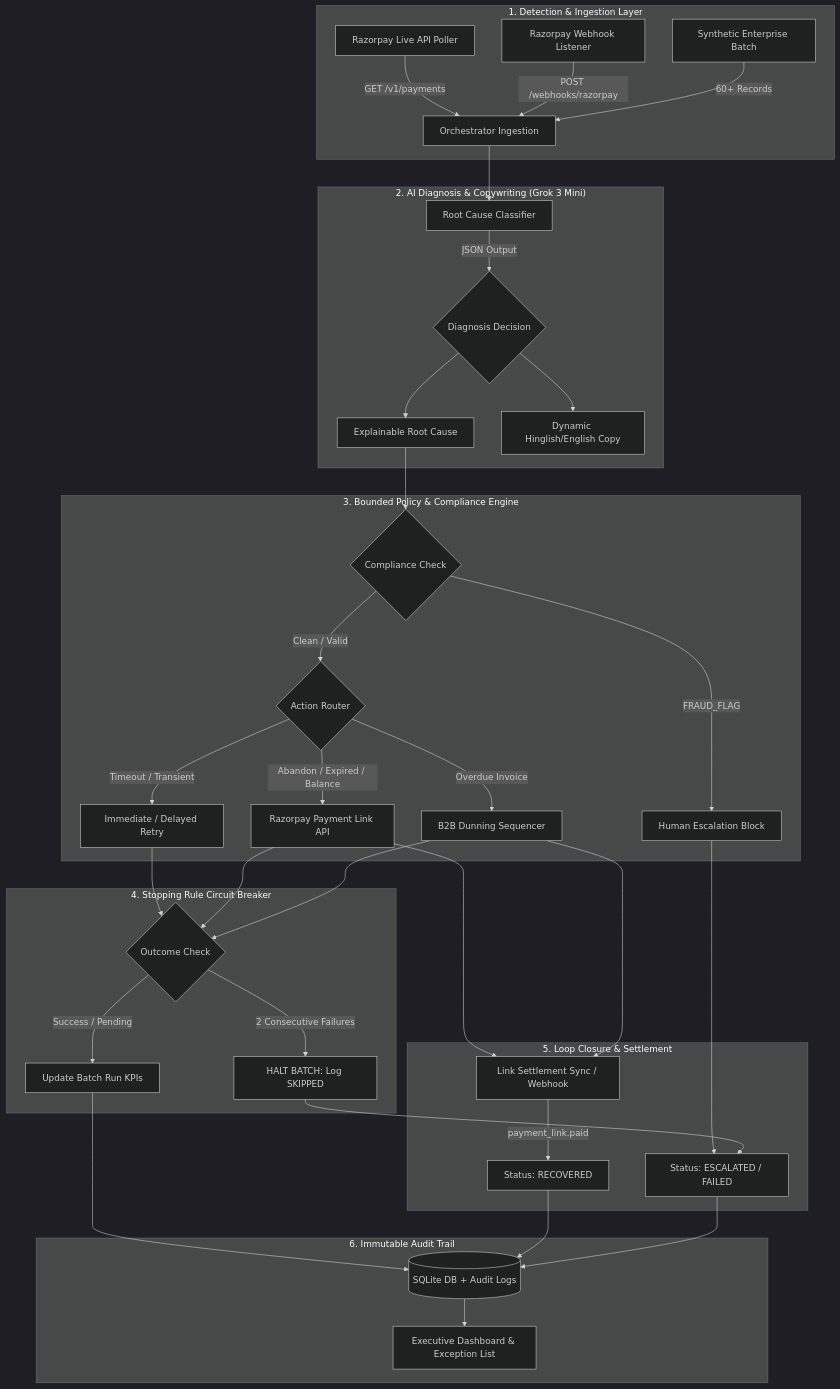
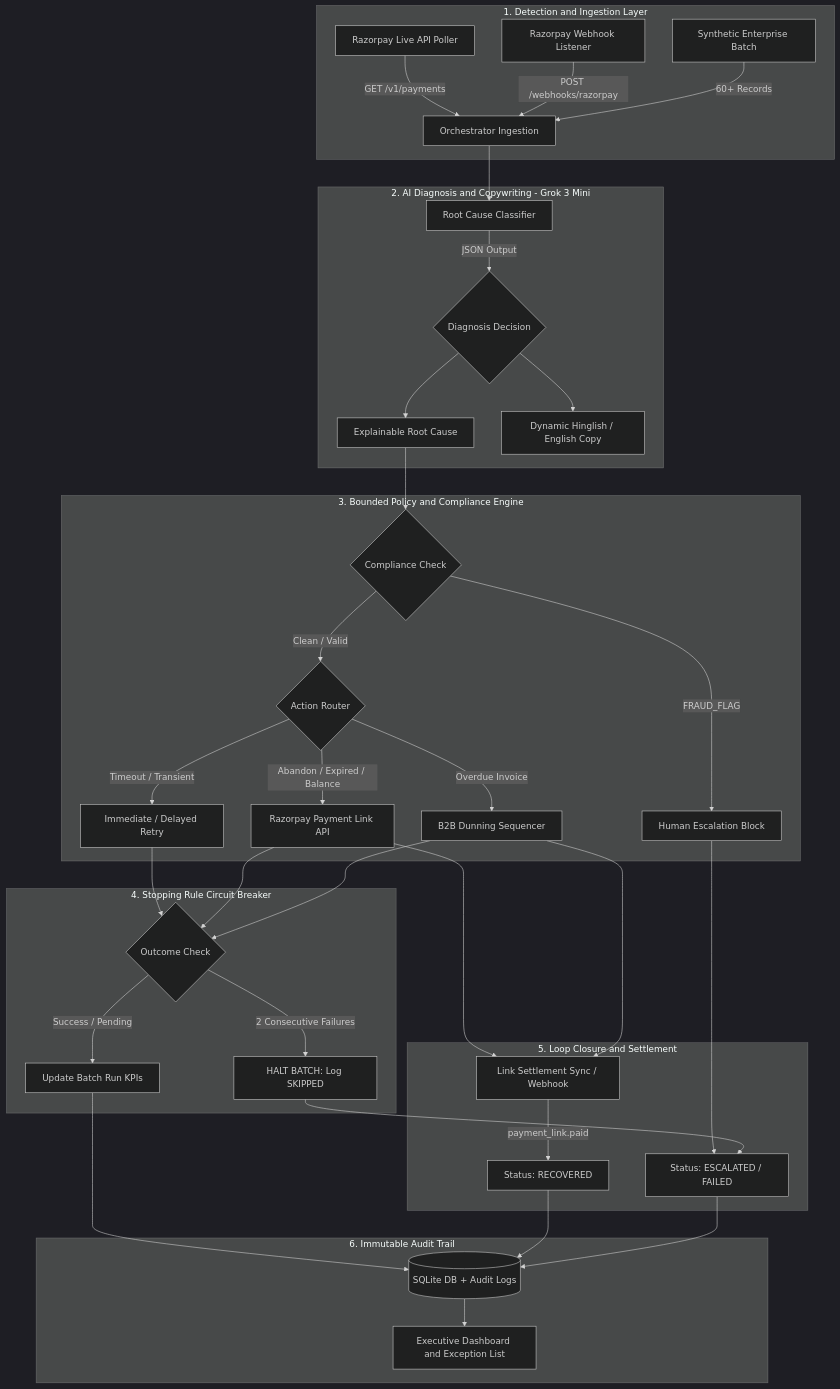
The diagram in README.md (alphacoder-hash/Razorpay-ai-buildathon), drawn with Mermaid (dark theme) before and after one commit.

Commit message:
fix(readme): Fix Mermaid diagram GitHub rendering - remove ampersand from subgraph labels and split parallel edge syntax into separate arrows

````diff
--- a/README.md
+++ b/README.md
@@ -101,41 +101,47 @@
 ```mermaid
 flowchart TD
-    subgraph Ingestion["1. Detection & Ingestion Layer"]
+    subgraph Ingestion["1. Detection and Ingestion Layer"]
         A1[Razorpay Live API Poller] -->|GET /v1/payments| D[Orchestrator Ingestion]
         A2[Razorpay Webhook Listener] -->|POST /webhooks/razorpay| D
         A3[Synthetic Enterprise Batch] -->|60+ Records| D
     end
 
-    subgraph Intelligence["2. AI Diagnosis & Copywriting (Grok 3 Mini)"]
+    subgraph Intelligence["2. AI Diagnosis and Copywriting - Grok 3 Mini"]
         D --> E[Root Cause Classifier]
         E -->|JSON Output| F{Diagnosis Decision}
         F --> G[Explainable Root Cause]
-        F --> H[Dynamic Hinglish/English Copy]
+        F --> H[Dynamic Hinglish / English Copy]
     end
 
-    subgraph PolicyEngine["3. Bounded Policy & Compliance Engine"]
+    subgraph PolicyEngine["3. Bounded Policy and Compliance Engine"]
         G --> I{Compliance Check}
         I -->|FRAUD_FLAG| J[Human Escalation Block]
         I -->|Clean / Valid| K{Action Router}
         K -->|Timeout / Transient| L[Immediate / Delayed Retry]
         K -->|Abandon / Expired / Balance| M[Razorpay Payment Link API]
         K -->|Overdue Invoice| N[B2B Dunning Sequencer]
     end
 
     subgraph CircuitBreaker["4. Stopping Rule Circuit Breaker"]
-        L & M & N --> O{Outcome Check}
+        L --> O{Outcome Check}
+        M --> O
+        N --> O
         O -->|2 Consecutive Failures| P[HALT BATCH: Log SKIPPED]
         O -->|Success / Pending| Q[Update Batch Run KPIs]
     end
 
-    subgraph Reconciliation["5. Loop Closure & Settlement"]
-        M & N --> R[Link Settlement Sync / Webhook]
+    subgraph Reconciliation["5. Loop Closure and Settlement"]
+        M --> R[Link Settlement Sync / Webhook]
+        N --> R
         R -->|payment_link.paid| S[Status: RECOVERED]
-        J & P --> T[Status: ESCALATED / FAILED]
+        J --> T[Status: ESCALATED / FAILED]
+        P --> T
     end
 
     subgraph Storage["6. Immutable Audit Trail"]
-        Q & S & T --> U[(SQLite DB + Audit Logs)]
-        U --> V[Executive Dashboard & Exception List]
+        Q --> U[(SQLite DB + Audit Logs)]
+        S --> U
+        T --> U
+        U --> V[Executive Dashboard and Exception List]
     end
 ```
````
